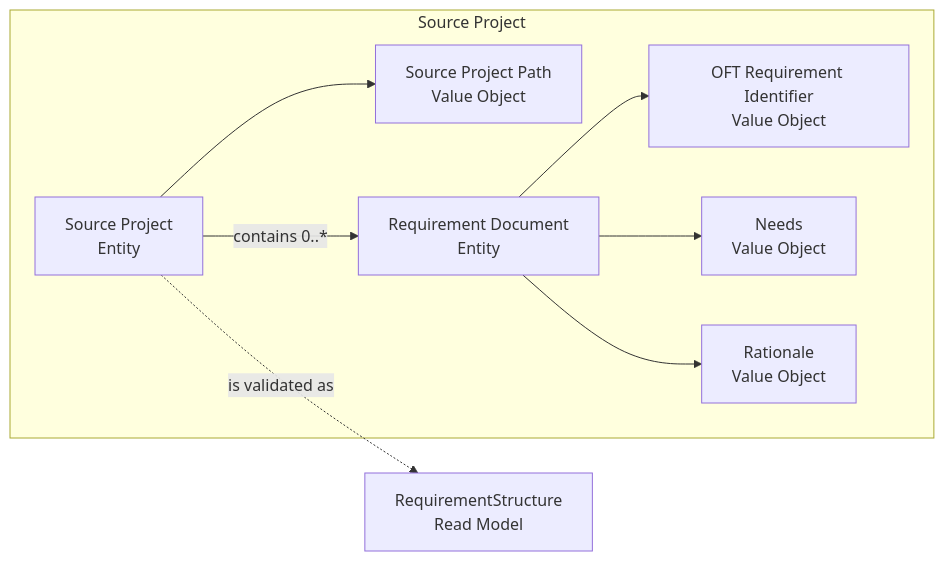
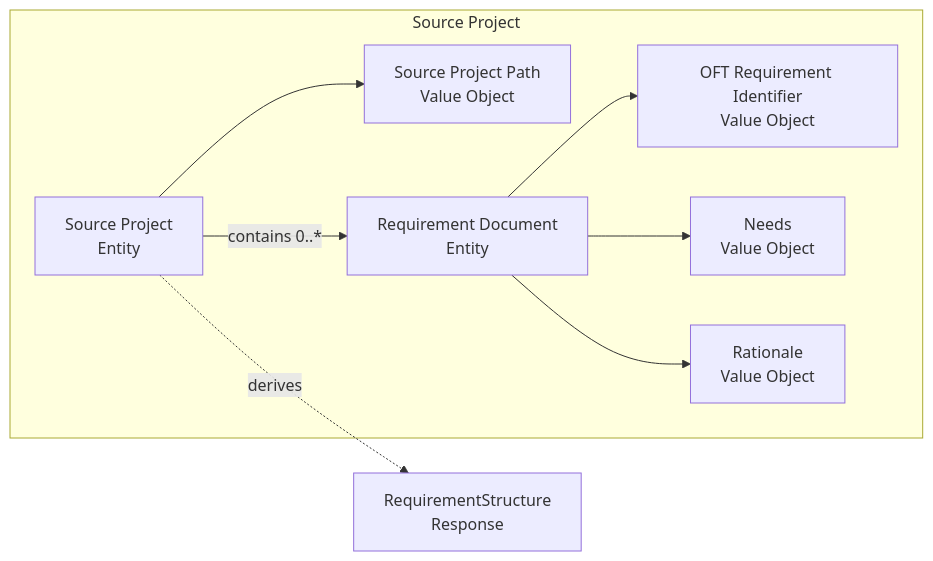
One commit to exasol/coding-agent-flow changed the first of 2 diagrams in doc/requirements/domain/spec-validation/entity_model_relationship.md. Above: the diagram before and after it, drawn with Mermaid. The commit also changed other lines of this file and 6 other files, not shown here.

Commit message:
Added domain model diagrams for "Spec Validation" domain.

````diff
--- a/doc/requirements/domain/spec-validation/entity_model_relationship.md
+++ b/doc/requirements/domain/spec-validation/entity_model_relationship.md
@@ -11,20 +14,20 @@
 ```mermaid
 flowchart LR
     subgraph source_project["Source Project"]
         project["Source Project<br/>Entity"]
         path["Source Project Path<br/>Value Object"]
         document["Requirement Document<br/>Entity"]
         identifier["OFT Requirement Identifier<br/>Value Object"]
         needs["Needs<br/>Value Object"]
         rationale["Rationale<br/>Value Object"]
 
         project --> path
         project -->|contains 0..*| document
         document --> identifier
         document --> needs
         document --> rationale
     end
 
-    response["RequirementStructure<br/>Read Model"]
-    project -. "is validated as" .-> response
+    response["RequirementStructure<br/>Response"]
+    project -. "derives" .-> response
 ```
````
